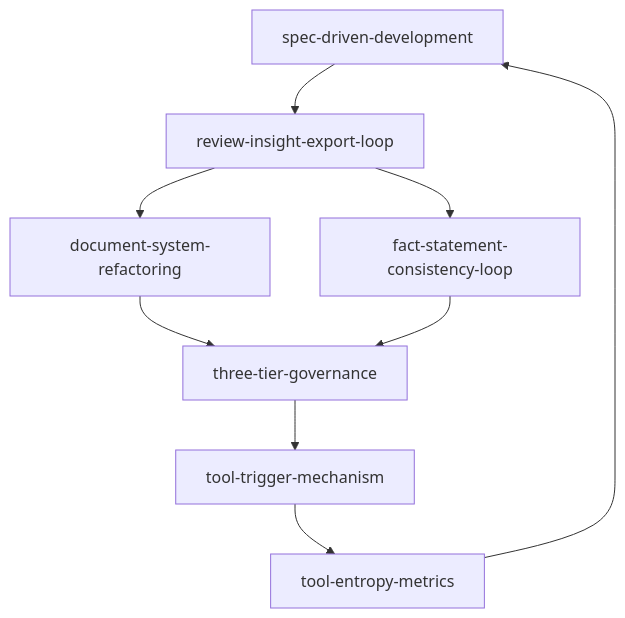
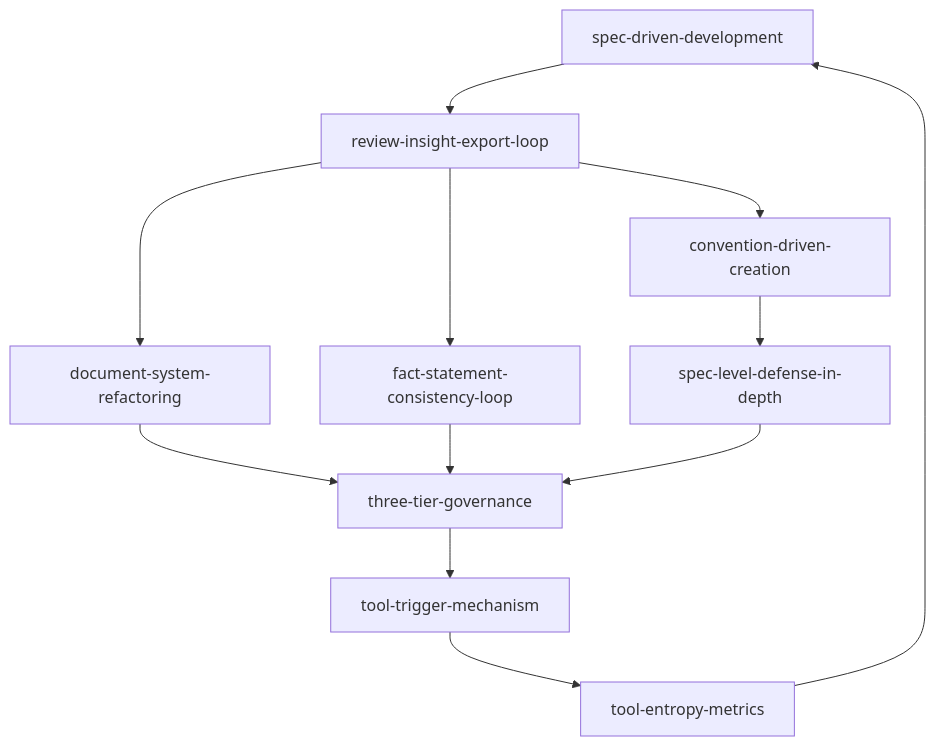
One commit to xinetzone/SpecWeave changed the diagram in docs/retrospective/patterns/methodology-patterns/README.md. Above: the diagram before and after it, drawn with Mermaid. The commit also changed other lines of this file and 10 other files, not shown here.

````diff
--- a/docs/retrospective/patterns/methodology-patterns/README.md
+++ b/docs/retrospective/patterns/methodology-patterns/README.md
@@ -19,11 +21,14 @@
 ```mermaid
 flowchart TD
     A[spec-driven-development] --> B[review-insight-export-loop]
     B --> C[document-system-refactoring]
     C --> D[three-tier-governance]
     D --> E[tool-trigger-mechanism]
     E --> F[tool-entropy-metrics]
     F --> A
     B --> G[fact-statement-consistency-loop]
     G --> D
+    B --> H[convention-driven-creation]
+    H --> I[spec-level-defense-in-depth]
+    I --> D
 ```
````
